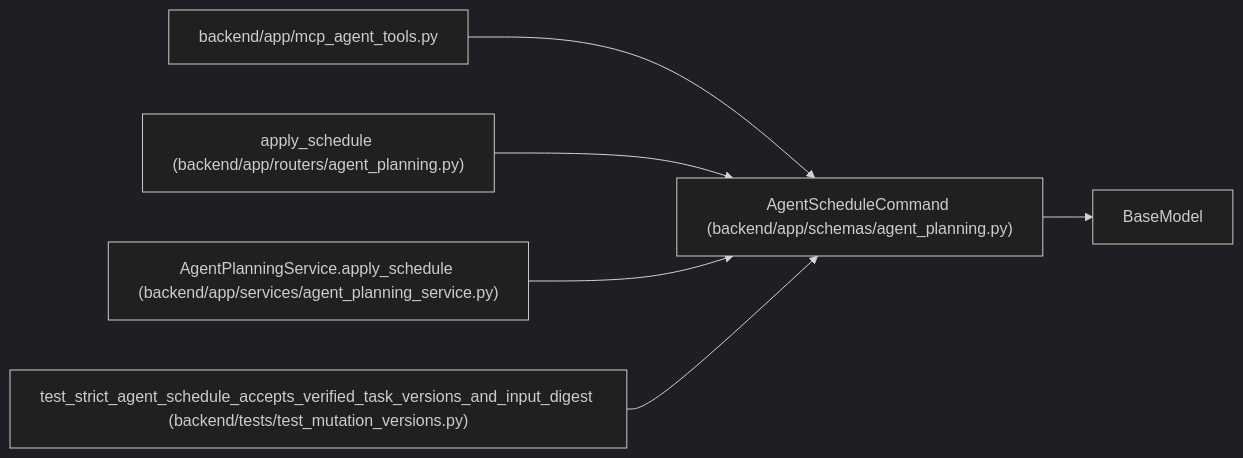
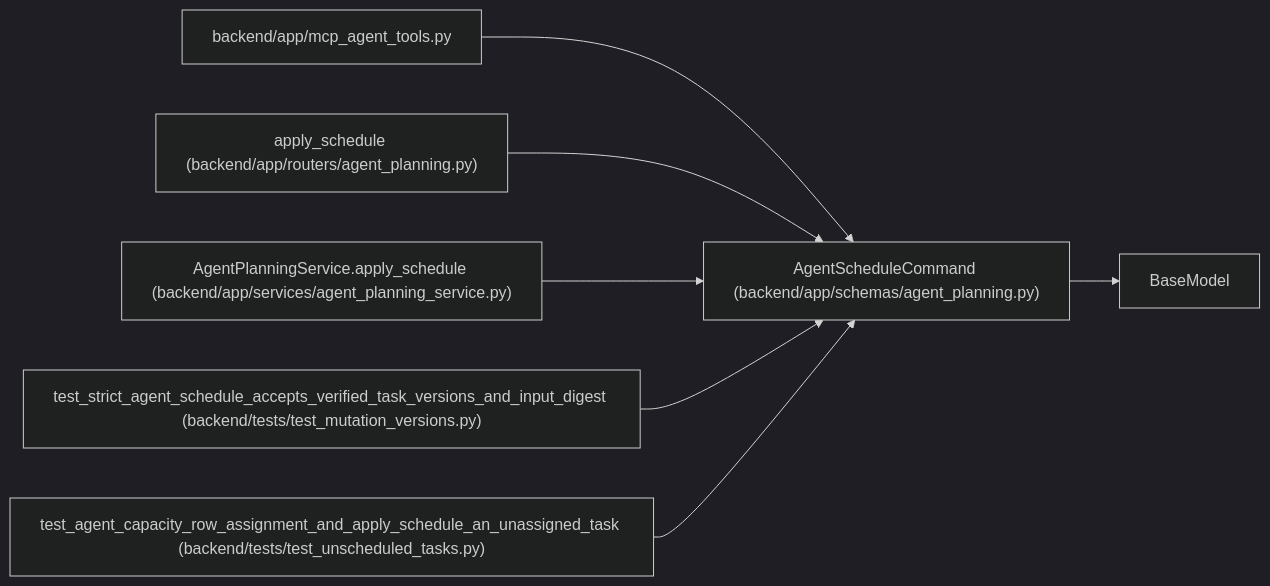
Before and after one commit to Denissvgn/WorkChord: the diagram in docs/llm_wiki/entities/AgentScheduleCommand.md, drawn with Mermaid (dark theme). The commit also changed other lines of this file and 509 other files, not shown here.

Commit message:
docs(wiki): refresh for unscheduled task reporting

````diff
--- a/docs/llm_wiki/entities/AgentScheduleCommand.md
+++ b/docs/llm_wiki/entities/AgentScheduleCommand.md
@@ -40,19 +40,22 @@
 ```mermaid
 flowchart LR
     n0["AgentScheduleCommand (backend/app/schemas/agent_planning.py)"]
     n1["BaseModel"]
     n2["backend/app/mcp_agent_tools.py"]
     n3["apply_schedule (backend/app/routers/agent_planning.py)"]
     n4["AgentPlanningService.apply_schedule (backend/app/services/agent_planning_service.py)"]
     n5["test_strict_agent_schedule_accepts_verified_task_versions_and_input_digest (backend/tests/test_mutation_versions.py)"]
+    n6["test_agent_capacity_row_assignment_and_apply_schedule_an_unassigned_task (backend/tests/test_unscheduled_tasks.py)"]
     n0 --> n1
     n2 --> n0
     n3 --> n0
     n4 --> n0
     n5 --> n0
+    n6 --> n0
     click n0 "../modules/schemas_agent_planning.md"
     click n2 "../modules/mcp_agent_tools.md"
     click n3 "../modules/routers_agent_planning.md"
     click n4 "../modules/agent_planning_service.md"
     click n5 "../modules/test_mutation_versions.md"
+    click n6 "../modules/test_unscheduled_tasks.md"
 ```
````
